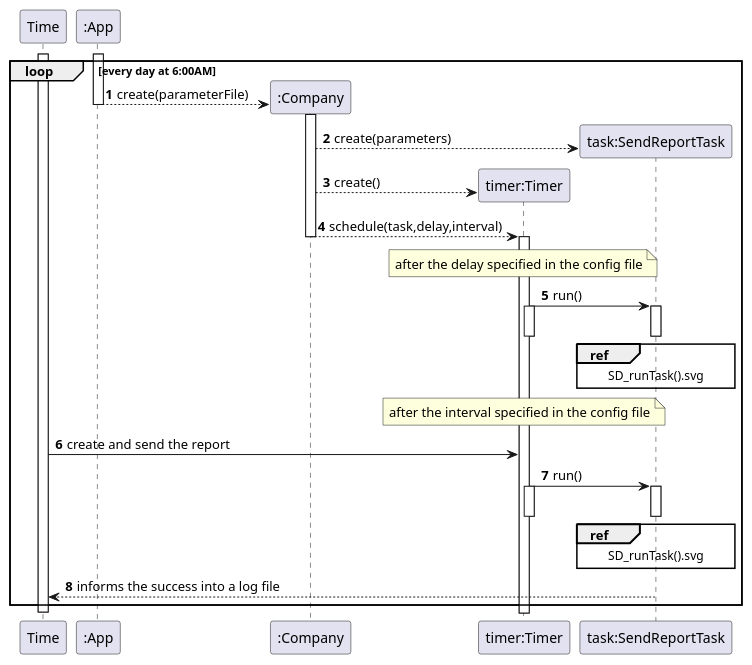
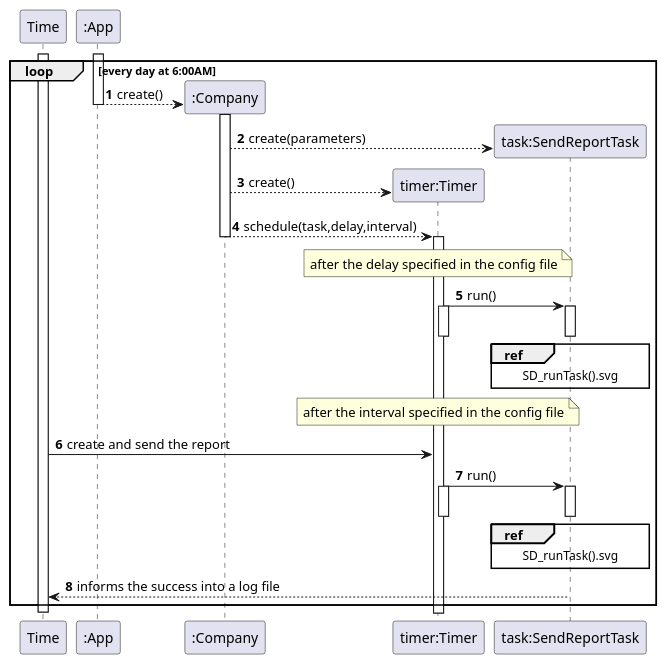
One commit to MarianaCLages/LAPR2 changed the diagram in docs/SprintD/US19/US19_SD.puml. Above: the diagram before and after it, drawn with PlantUML. The commit also changed 17 other files, not shown here.

```diff
--- a/docs/SprintD/US19/US19_SD.puml
+++ b/docs/SprintD/US19/US19_SD.puml
@@ -1,45 +1,45 @@
 @startuml
 'https://plantuml.com/sequence-diagram
 
 autonumber
 participant "Time" as tm
 
 participant ":App" as ap
 participant ":Company" as comp
 participant "timer:Timer" as timer
 participant "task:SendReportTask" as task
 
 loop every day at 6:00AM
 activate tm
 
     activate ap
-    ap --> comp**:create(parameterFile)
+    ap --> comp**:create()
     deactivate ap
     activate comp
     comp --> task**: create(parameters)
     comp --> timer**:create()
     comp --> timer : schedule(task,delay,interval)
     deactivate comp
     note over timer: after the delay specified in the config file
     activate timer
     deactivate
 
     timer -> task:run()
     ref over task: SD_runTask().svg
     activate timer
     deactivate timer
     activate task
     deactivate
     note over timer: after the interval specified in the config file
     tm -> timer: create and send the report
     timer -> task:run()
     ref over task: SD_runTask().svg
     activate timer
     deactivate timer
     activate task
     deactivate
     deactivate comp
     task --> tm: informs the success into a log file
 end
 deactivate tm
 @enduml
```
